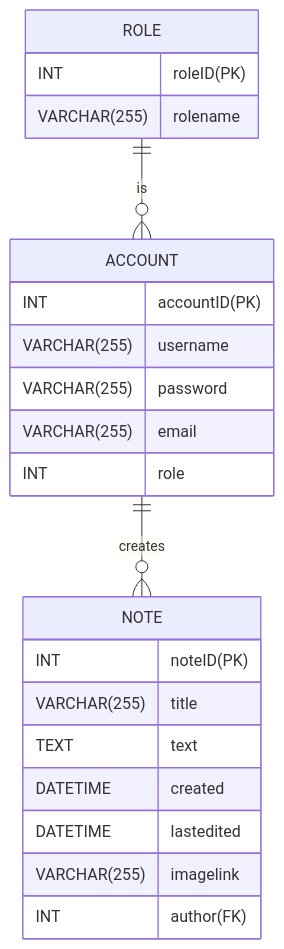
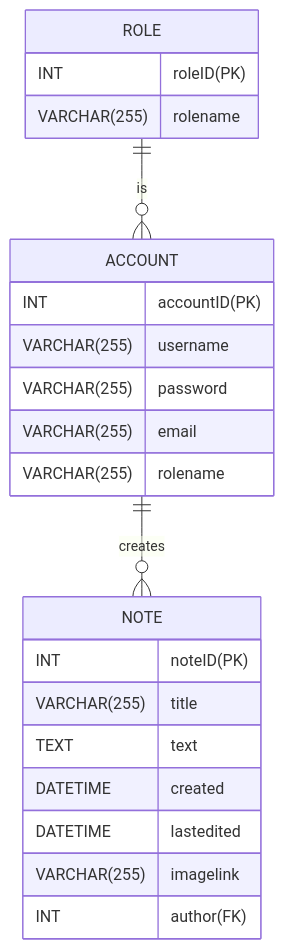
The third of 3 diagrams in Artefakter/UML/ER diagram.md (PBI22/Agil-Flask-Note-Projekt), drawn with Mermaid before and after one commit. The commit also changed other lines of this file, not shown here.

````diff
--- a/Artefakter/UML/ER diagram.md
+++ b/Artefakter/UML/ER diagram.md
@@ -43,25 +43,25 @@
 ```mermaid
 erDiagram
     ACCOUNT ||--o{ NOTE : creates
     ROLE ||--o{ ACCOUNT : is
     NOTE {
         INT noteID(PK)
         VARCHAR(255) title
         TEXT text
         DATETIME created
         DATETIME lastedited
         VARCHAR(255) imagelink
         INT author(FK)
     }
     ACCOUNT {
         INT accountID(PK)
         VARCHAR(255) username
         VARCHAR(255) password
         VARCHAR(255) email
-        INT role
+        VARCHAR(255) rolename
     }
     ROLE {
         INT roleID(PK)
         VARCHAR(255) rolename
     }
 ```
````
